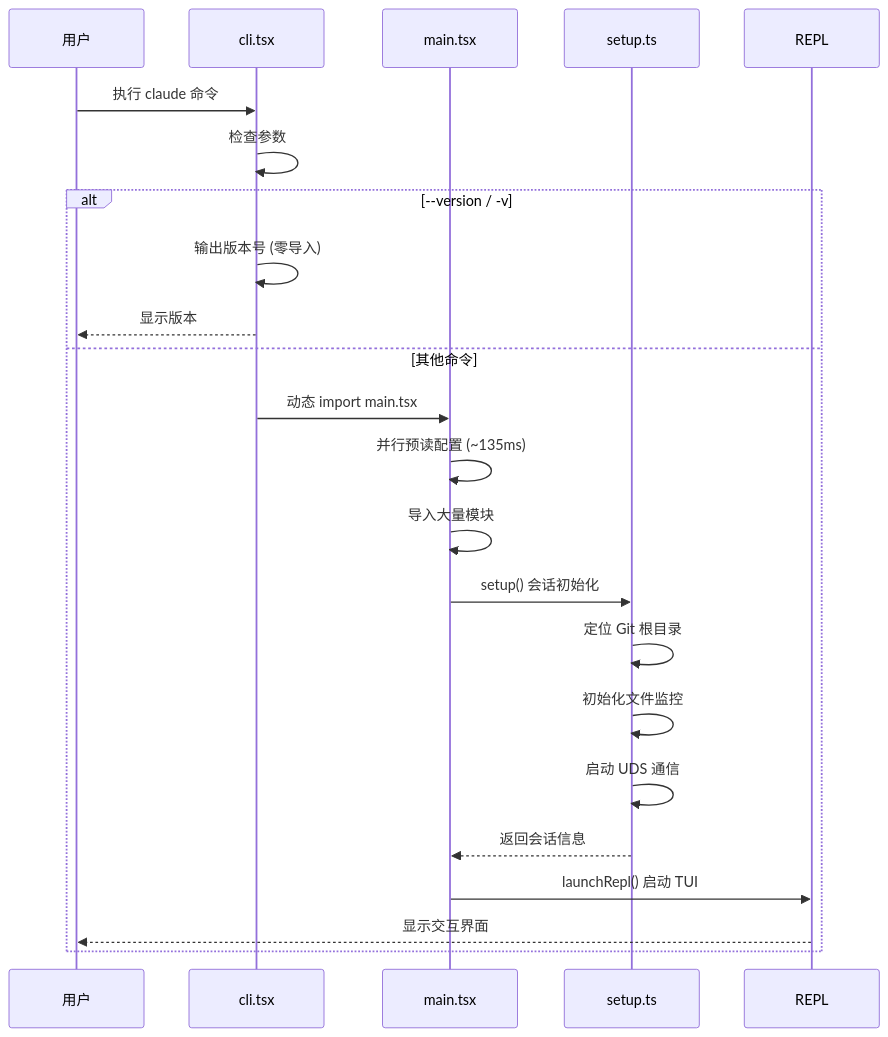
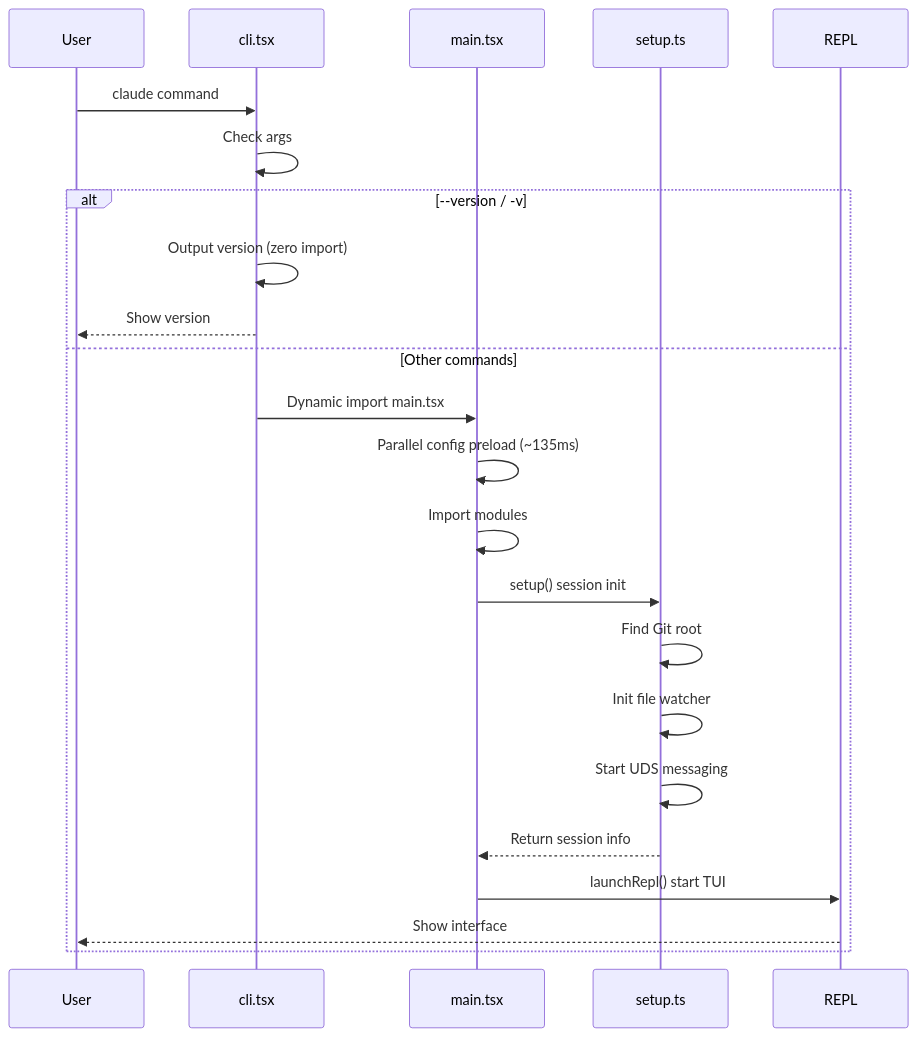
One commit to zenHeart/claude-code-sourcemap changed the third of 12 diagrams in analysis.md. Above: the diagram before and after it, drawn with Mermaid. The commit also changed other lines of this file, not shown here.

````diff
--- a/analysis.md
+++ b/analysis.md
@@ -237,27 +222,27 @@
 ```mermaid
 sequenceDiagram
-    participant User as 用户
+    participant User
     participant CLI as cli.tsx
     participant MAIN as main.tsx
     participant SETUP as setup.ts
     participant REPL as REPL
 
-    User->>CLI: 执行 claude 命令
-    CLI->>CLI: 检查参数
+    User->>CLI: claude command
+    CLI->>CLI: Check args
 
     alt --version / -v
-        CLI->>CLI: 输出版本号 (零导入)
-        CLI-->>User: 显示版本
-    else 其他命令
-        CLI->>MAIN: 动态 import main.tsx
-        MAIN->>MAIN: 并行预读配置 (~135ms)
-        MAIN->>MAIN: 导入大量模块
-        MAIN->>SETUP: setup() 会话初始化
-        SETUP->>SETUP: 定位 Git 根目录
-        SETUP->>SETUP: 初始化文件监控
-        SETUP->>SETUP: 启动 UDS 通信
-        SETUP-->>MAIN: 返回会话信息
-        MAIN->>REPL: launchRepl() 启动 TUI
-        REPL-->>User: 显示交互界面
+        CLI->>CLI: Output version (zero import)
+        CLI-->>User: Show version
+    else Other commands
+        CLI->>MAIN: Dynamic import main.tsx
+        MAIN->>MAIN: Parallel config preload (~135ms)
+        MAIN->>MAIN: Import modules
+        MAIN->>SETUP: setup() session init
+        SETUP->>SETUP: Find Git root
+        SETUP->>SETUP: Init file watcher
+        SETUP->>SETUP: Start UDS messaging
+        SETUP-->>MAIN: Return session info
+        MAIN->>REPL: launchRepl() start TUI
+        REPL-->>User: Show interface
     end
 ```
````
